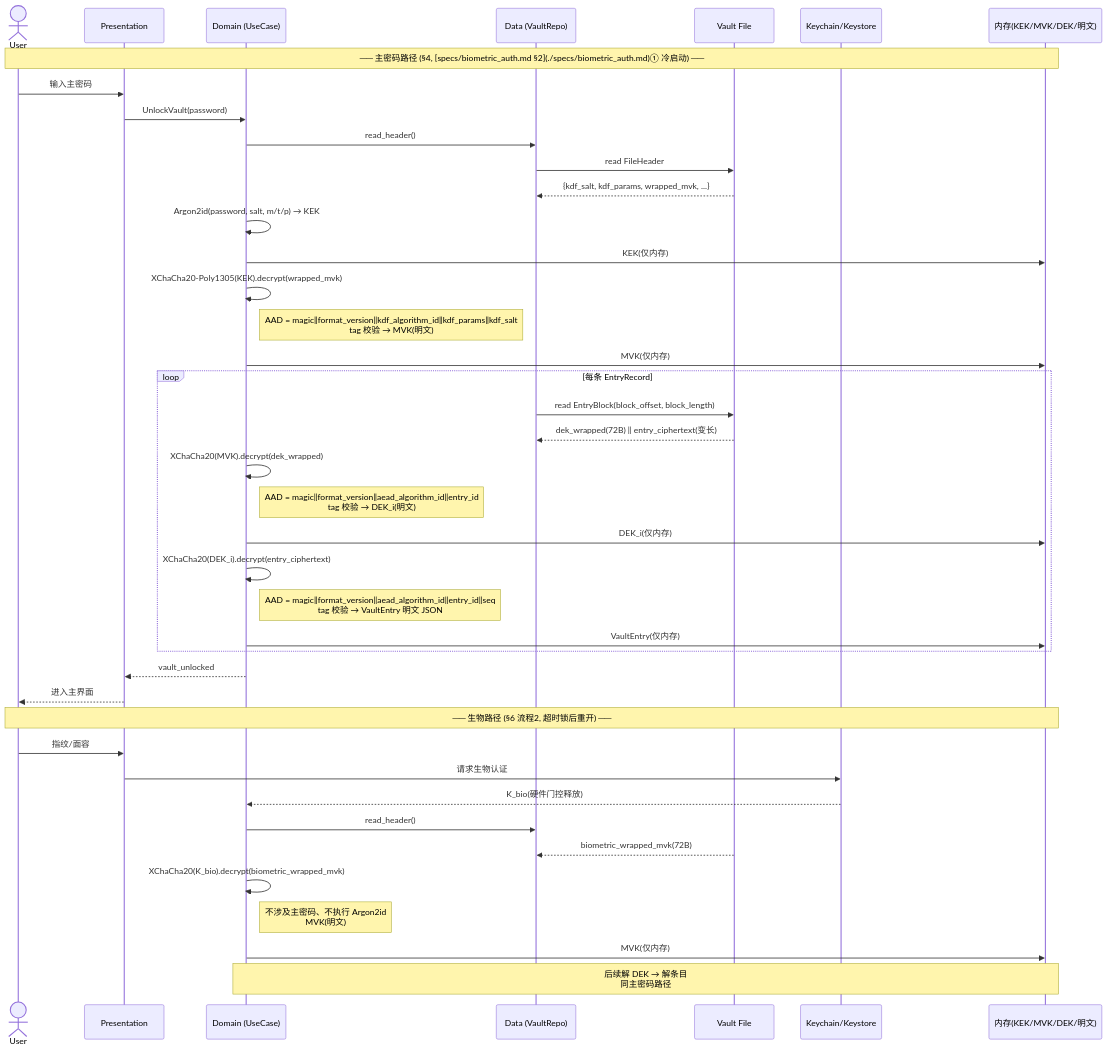
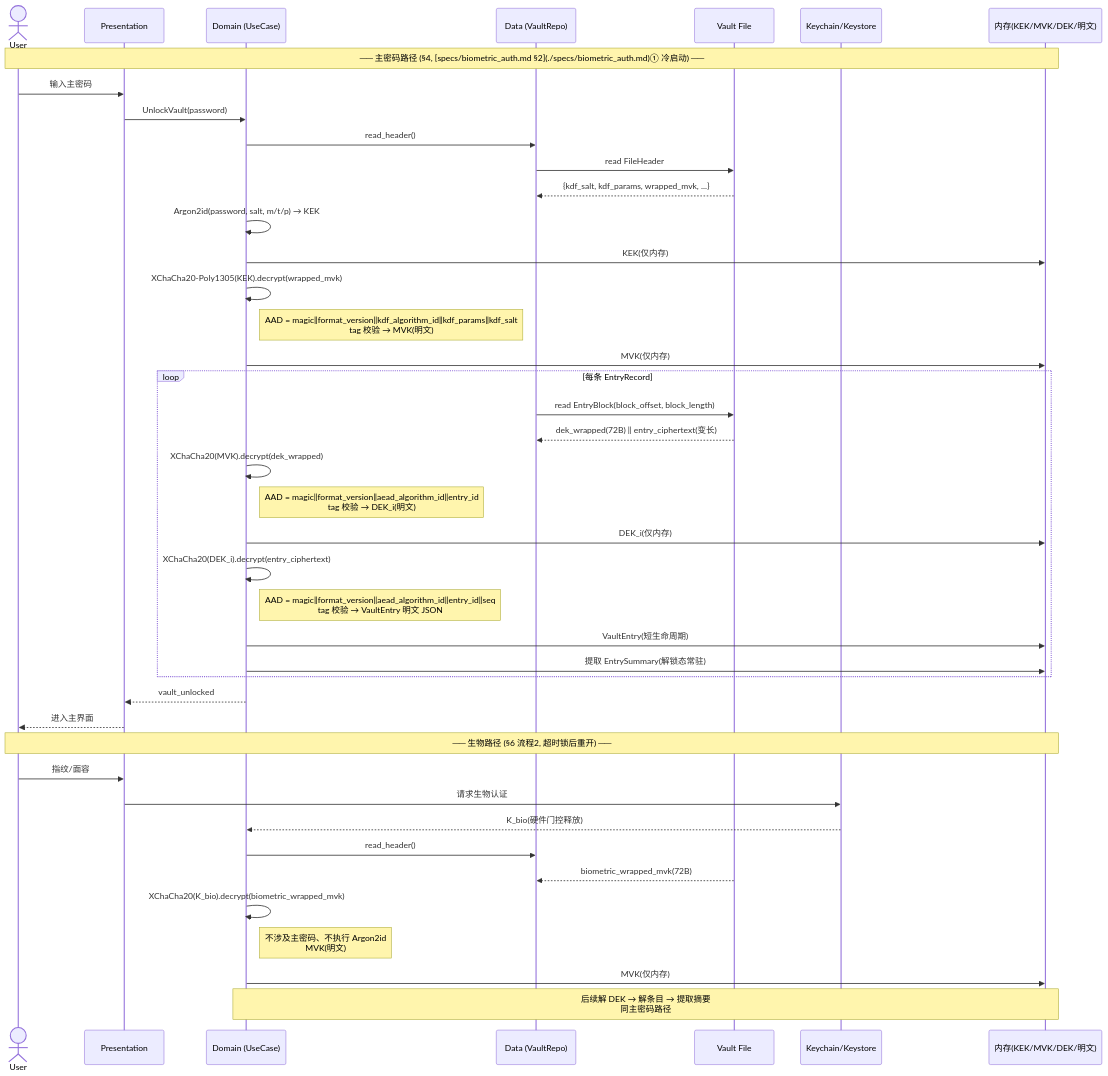
One commit to CCreative-Od1L/project_sw changed the third of 3 diagrams in docs/SECURITY.md. Above: the diagram before and after it, drawn with Mermaid. The commit also changed other lines of this file and 8 other files, not shown here.

````diff
--- a/docs/SECURITY.md
+++ b/docs/SECURITY.md
@@ -178,52 +183,53 @@
 ```mermaid
 sequenceDiagram
     actor User
     participant UI as Presentation
     participant Domain as Domain (UseCase)
     participant Data as Data (VaultRepo)
     participant Vault as Vault File
     participant KC as Keychain/Keystore
     participant Mem as 内存(KEK/MVK/DEK/明文)
 
     Note over User,Mem: ── 主密码路径 (§4, [specs/biometric_auth.md §2](./specs/biometric_auth.md)① 冷启动) ──
 
     User->>UI: 输入主密码
     UI->>Domain: UnlockVault(password)
     Domain->>Data: read_header()
     Data->>Vault: read FileHeader
     Vault-->>Data: {kdf_salt, kdf_params, wrapped_mvk, ...}
 
     Domain->>Domain: Argon2id(password, salt, m/t/p) → KEK
     Domain->>Mem: KEK(仅内存)
 
     Domain->>Domain: XChaCha20-Poly1305(KEK).decrypt(wrapped_mvk)
     Note right of Domain: AAD = magic‖format_version‖kdf_algorithm_id‖kdf_params‖kdf_salt<br/>tag 校验 → MVK(明文)
 
     Domain->>Mem: MVK(仅内存)
 
     loop 每条 EntryRecord
         Data->>Vault: read EntryBlock(block_offset, block_length)
         Vault-->>Data: dek_wrapped(72B) ‖ entry_ciphertext(变长)
         Domain->>Domain: XChaCha20(MVK).decrypt(dek_wrapped)
         Note right of Domain: AAD = magic‖format_version‖aead_algorithm_id‖entry_id<br/>tag 校验 → DEK_i(明文)
         Domain->>Mem: DEK_i(仅内存)
         Domain->>Domain: XChaCha20(DEK_i).decrypt(entry_ciphertext)
         Note right of Domain: AAD = magic‖format_version‖aead_algorithm_id‖entry_id‖seq<br/>tag 校验 → VaultEntry 明文 JSON
-        Domain->>Mem: VaultEntry(仅内存)
+        Domain->>Mem: VaultEntry(短生命周期)
+        Domain->>Mem: 提取 EntrySummary(解锁态常驻)
     end
 
     Domain-->>UI: vault_unlocked
     UI-->>User: 进入主界面
 
     Note over User,Mem: ── 生物路径 (§6 流程2, 超时锁后重开) ──
 
     User->>UI: 指纹/面容
     UI->>KC: 请求生物认证
     KC-->>Domain: K_bio(硬件门控释放)
     Domain->>Data: read_header()
     Vault-->>Data: biometric_wrapped_mvk(72B)
     Domain->>Domain: XChaCha20(K_bio).decrypt(biometric_wrapped_mvk)
     Note right of Domain: 不涉及主密码、不执行 Argon2id<br/>MVK(明文)
     Domain->>Mem: MVK(仅内存)
-    Note over Domain,Mem: 后续解 DEK → 解条目<br/>同主密码路径
+    Note over Domain,Mem: 后续解 DEK → 解条目 → 提取摘要<br/>同主密码路径
 ```
````
